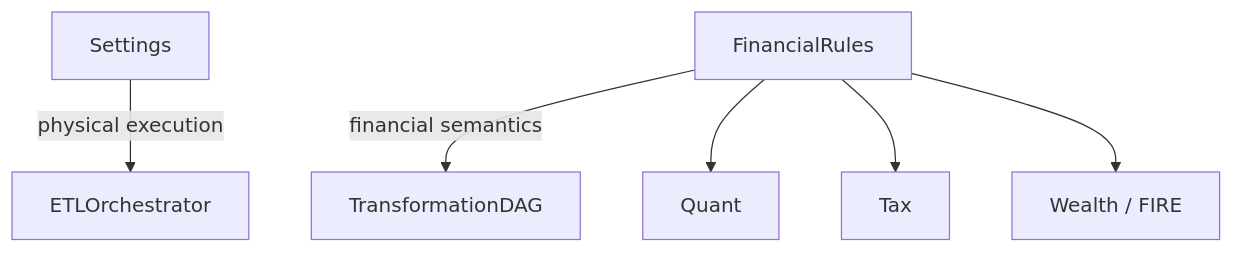
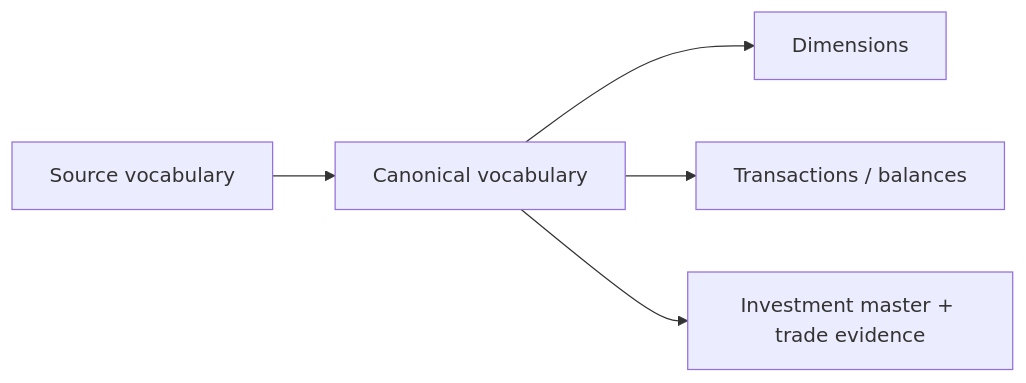
One commit to tks18/personal-finance-etl changed the seventh of 16 diagrams in docs/architecture/system-architecture.md. Above: the diagram before and after it, drawn with Mermaid. The commit also changed other lines of this file and 10 other files, not shown here.

Commit message:
docs: update docs/architecture for latest version

````diff
--- a/docs/architecture/system-architecture.md
+++ b/docs/architecture/system-architecture.md
@@ -247,8 +270,7 @@
 ```mermaid
-flowchart TB
-    S[Settings] -->|physical execution| ETL[ETLOrchestrator]
-    F[FinancialRules] -->|financial semantics| TDAG[TransformationDAG]
-    F --> Q[Quant]
-    F --> T[Tax]
-    F --> W[Wealth / FIRE]
+flowchart LR
+    SRC[Source vocabulary] --> CAN[Canonical vocabulary]
+    CAN --> DIM[Dimensions]
+    CAN --> FACT[Transactions / balances]
+    CAN --> INV[Investment master + trade evidence]
 ```
````
